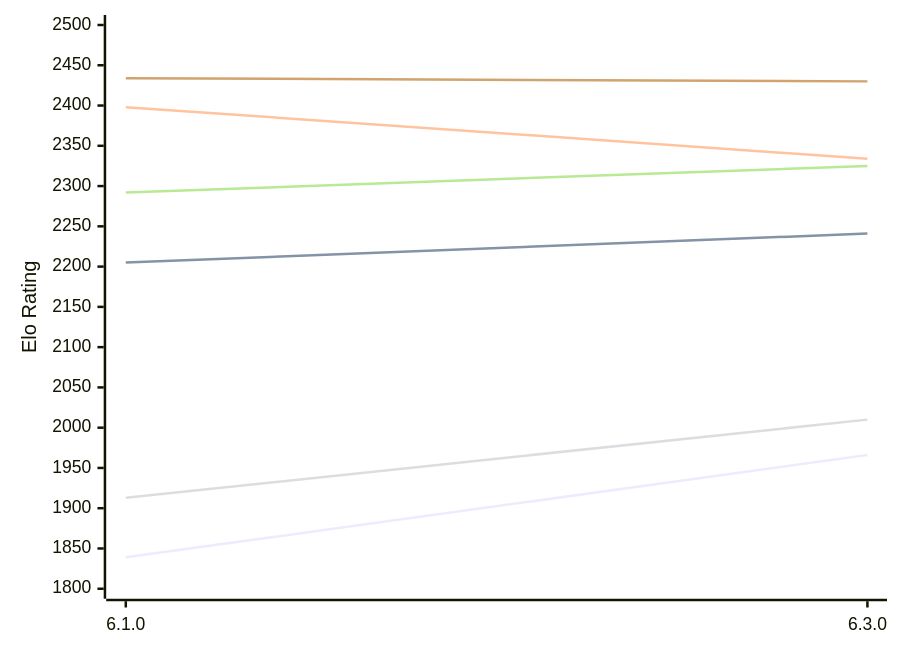
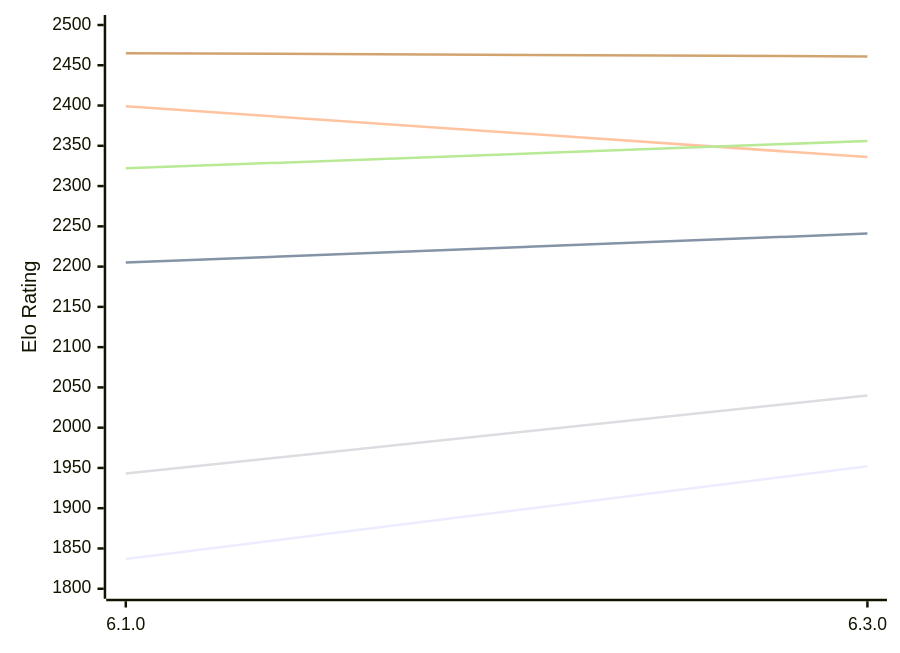
Before and after one commit to computer-chess-index/cci: the diagram in engines/Luminex.md, drawn with Mermaid. The commit also changed other lines of this file, not shown here.

Commit message:
Update CCI Ratings (ELO VLTC) - 2026-11-05

````diff
--- a/engines/Luminex.md
+++ b/engines/Luminex.md
@@ -49,12 +49,12 @@
 ```mermaid
 %%{init: {"theme":"base","themeVariables":{"seriesColors:['#a3a3a3','#222221','#faa371']}}}%%
 xychart-beta
   x-axis ["6.1.0", "6.3.0"]
   y-axis "Elo Rating" 1800 --> 2500
-  line "E1: STC (8.0+0.08s)" [1839, 1966]
+  line "E1: STC (8.0+0.08s)" [1837, 1952]
   line "E1: LTC (60.0+0.60s)" [2205, 2241]
-  line "E1: VLTC (2m24s+1.12s)" [2398, 2334]
-  line "P1: STC (8.0+0.08s)" [1913, 2010]
-  line "P1: LTC (60.0+0.60s)" [2292, 2325]
-  line "P1: VLTC (2m24s+1.12s)" [2434, 2430]
+  line "E1: VLTC (2m24s+1.12s)" [2399, 2336]
+  line "P1: STC (8.0+0.08s)" [1943, 2040]
+  line "P1: LTC (60.0+0.60s)" [2322, 2356]
+  line "P1: VLTC (2m24s+1.12s)" [2465, 2461]
 ```
````
